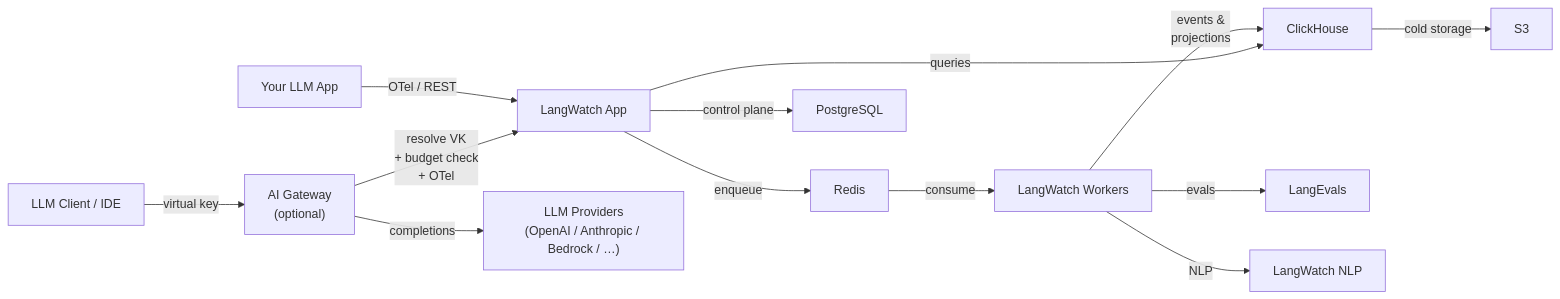
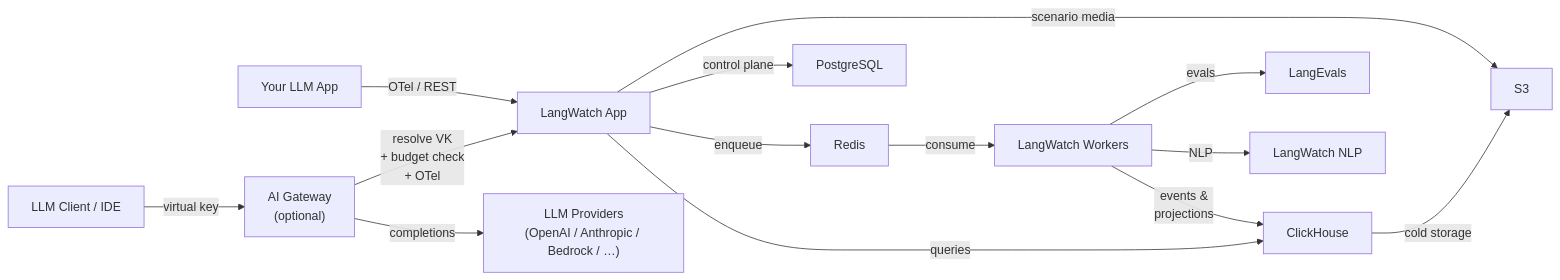
Before and after one commit to langwatch/langwatch: the diagram in docs/self-hosting/overview.mdx, drawn with Mermaid. The commit also changed 14 other files, not shown here.

````diff
--- a/docs/self-hosting/overview.mdx
+++ b/docs/self-hosting/overview.mdx
@@ -29,15 +29,16 @@
 ```mermaid
 graph LR
     SDK["Your LLM App"] -->|"OTel / REST"| App["LangWatch App"]
     Client["LLM Client / IDE"] -->|"virtual key"| Gateway["AI Gateway<br/>(optional)"]
     Gateway -->|"resolve VK<br/>+ budget check<br/>+ OTel"| App
     Gateway -->|"completions"| Providers["LLM Providers<br/>(OpenAI / Anthropic / Bedrock / …)"]
     App -->|"enqueue"| Redis["Redis"]
     Redis -->|"consume"| Workers["LangWatch Workers"]
     Workers -->|"events &<br/>projections"| CH["ClickHouse"]
     Workers -->|"evals"| Evals["LangEvals"]
     Workers -->|"NLP"| NLP["LangWatch NLP"]
     App -->|"queries"| CH
     App -->|"control plane"| PG["PostgreSQL"]
-    CH -->|"cold storage"| S3["S3"]
+    App -->|"scenario media"| S3["S3"]
+    CH -->|"cold storage"| S3
 ```
````
